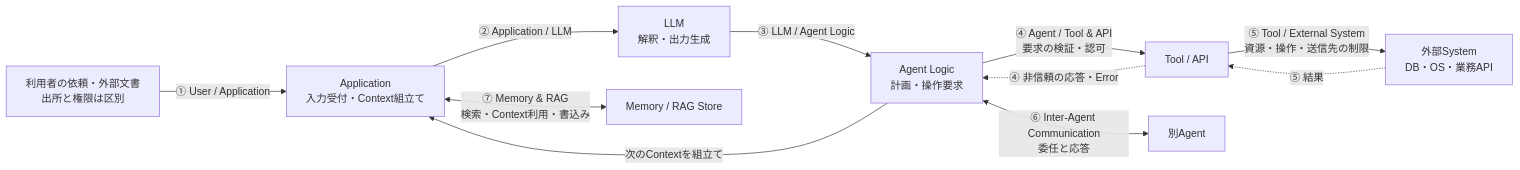
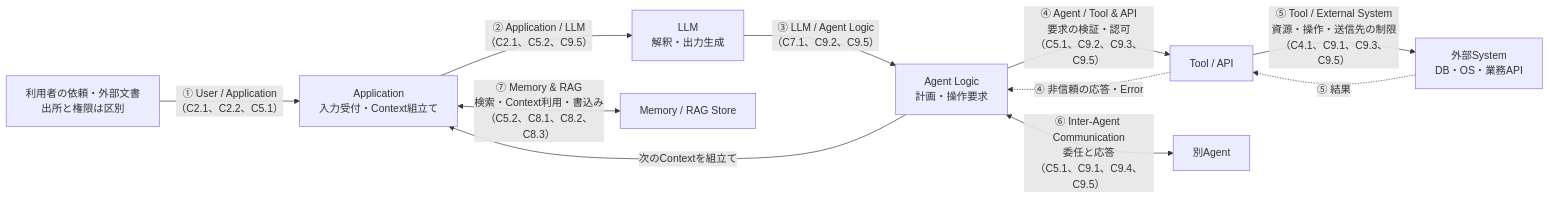
Before and after one commit to DharmaDoll/ai-security-foundry: the diagram in sources/user-provided/2026-10-27-agentic-seven-trust-boundaries.md, drawn with Mermaid. The commit also changed other lines of this file, not shown here.

Commit message:
docs: annotate seven trust boundaries with control sections

````diff
--- a/sources/user-provided/2026-10-27-agentic-seven-trust-boundaries.md
+++ b/sources/user-provided/2026-10-27-agentic-seven-trust-boundaries.md
@@ -29,13 +29,13 @@
 ```mermaid
 flowchart LR
-    input["利用者の依頼・外部文書<br/>出所と権限は区別"] -->|"① User / Application"| app["Application<br/>入力受付・Context組立て"]
-    app -->|"② Application / LLM"| llm["LLM<br/>解釈・出力生成"]
-    llm -->|"③ LLM / Agent Logic"| agent["Agent Logic<br/>計画・操作要求"]
-    agent -->|"④ Agent / Tool & API<br/>要求の検証・認可"| tool["Tool / API"]
-    tool -->|"⑤ Tool / External System<br/>資源・操作・送信先の制限"| external["外部System<br/>DB・OS・業務API"]
+    input["利用者の依頼・外部文書<br/>出所と権限は区別"] -->|"① User / Application<br/>（C2.1、C2.2、C5.1）"| app["Application<br/>入力受付・Context組立て"]
+    app -->|"② Application / LLM<br/>（C2.1、C5.2、C9.5）"| llm["LLM<br/>解釈・出力生成"]
+    llm -->|"③ LLM / Agent Logic<br/>（C7.1、C9.2、C9.5）"| agent["Agent Logic<br/>計画・操作要求"]
+    agent -->|"④ Agent / Tool & API<br/>要求の検証・認可<br/>（C5.1、C9.2、C9.3、C9.5）"| tool["Tool / API"]
+    tool -->|"⑤ Tool / External System<br/>資源・操作・送信先の制限<br/>（C4.1、C9.1、C9.3、C9.5）"| external["外部System<br/>DB・OS・業務API"]
     external -.->|"⑤ 結果"| tool
     tool -.->|"④ 非信頼の応答・Error"| agent
     agent -->|"次のContextを組立て"| app
-    agent <-->|"⑥ Inter-Agent Communication<br/>委任と応答"| peer["別Agent"]
-    app <-->|"⑦ Memory & RAG<br/>検索・Context利用・書込み"| memory["Memory / RAG Store"]
+    agent <-->|"⑥ Inter-Agent Communication<br/>委任と応答<br/>（C5.1、C9.1、C9.4、C9.5）"| peer["別Agent"]
+    app <-->|"⑦ Memory & RAG<br/>検索・Context利用・書込み<br/>（C5.2、C8.1、C8.2、C8.3）"| memory["Memory / RAG Store"]
 ```
````
